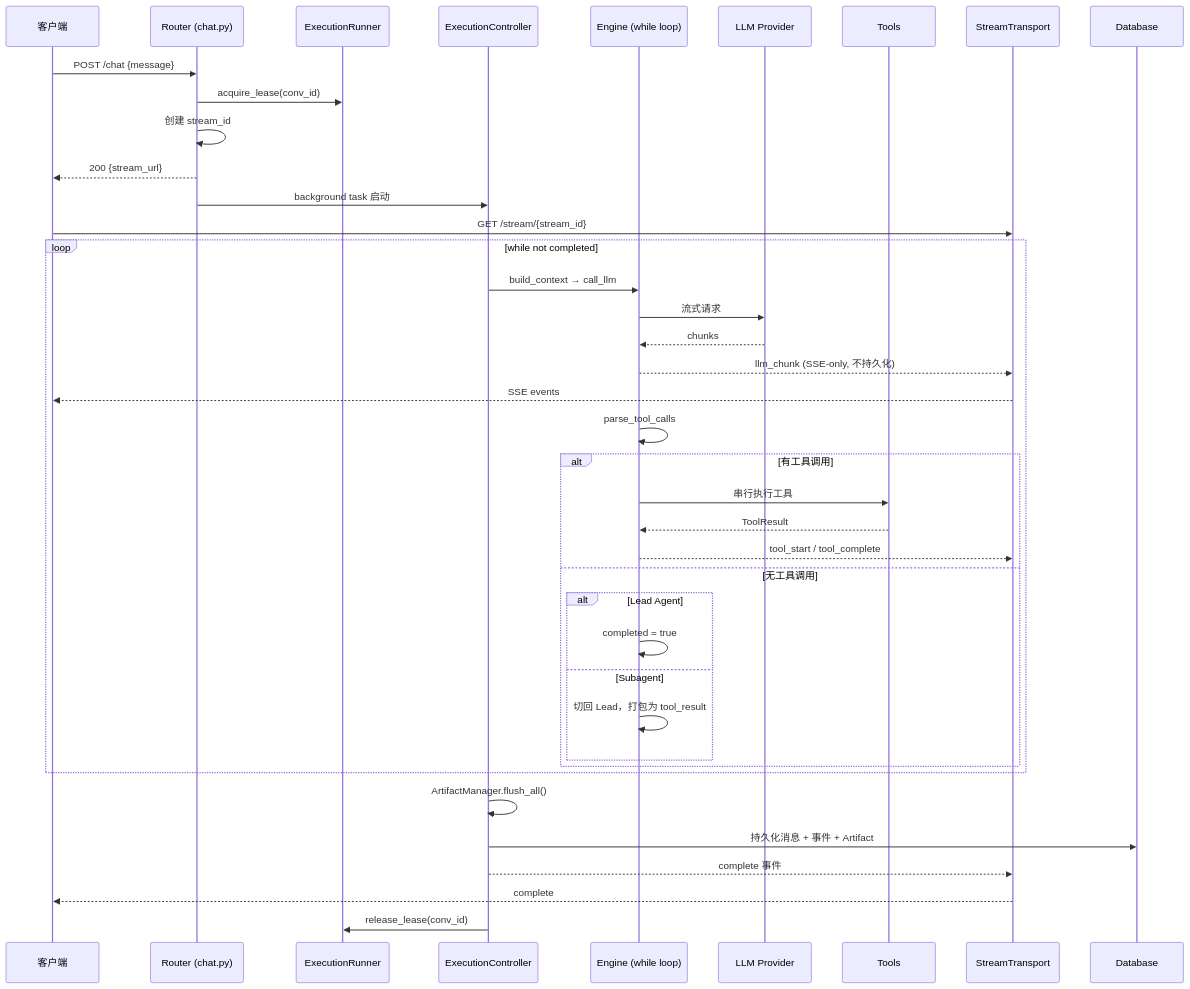
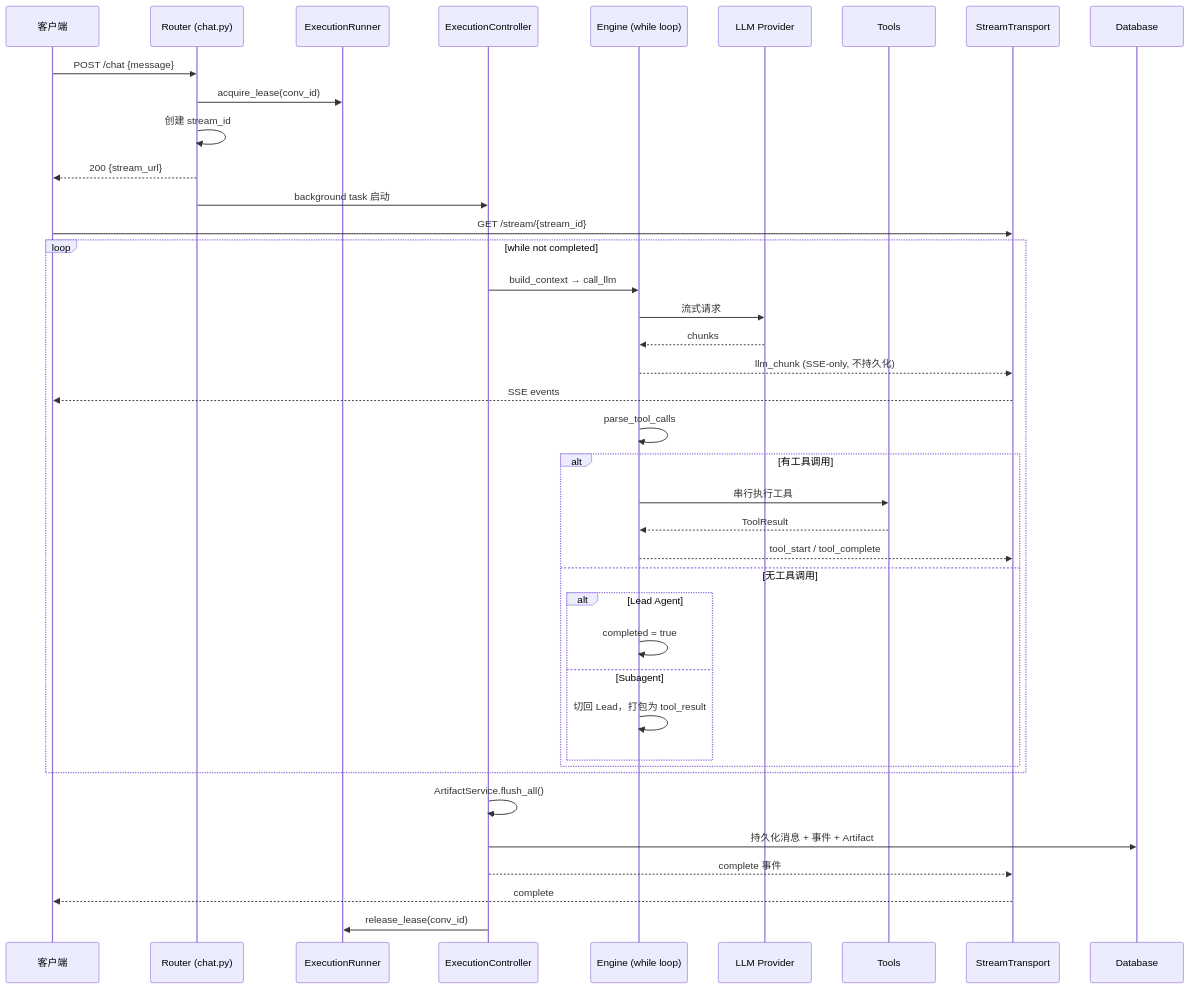
One commit to Neutrino1998/artifact-flow changed the third of 4 diagrams in docs/architecture/overview.md. Above: the diagram before and after it, drawn with Mermaid. The commit also changed other lines of this file and 10 other files, not shown here.

````diff
--- a/docs/architecture/overview.md
+++ b/docs/architecture/overview.md
@@ -78,47 +78,47 @@
 ```mermaid
 sequenceDiagram
     participant C as 客户端
     participant R as Router (chat.py)
     participant Runner as ExecutionRunner
     participant Ctrl as ExecutionController
     participant E as Engine (while loop)
     participant LLM as LLM Provider
     participant T as Tools
     participant SSE as StreamTransport
     participant DB as Database
 
     C->>R: POST /chat {message}
     R->>Runner: acquire_lease(conv_id)
     R->>R: 创建 stream_id
     R-->>C: 200 {stream_url}
     R->>Ctrl: background task 启动
 
     C->>SSE: GET /stream/{stream_id}
 
     loop while not completed
         Ctrl->>E: build_context → call_llm
         E->>LLM: 流式请求
         LLM-->>E: chunks
         E-->>SSE: llm_chunk (SSE-only, 不持久化)
         SSE-->>C: SSE events
 
         E->>E: parse_tool_calls
         alt 有工具调用
             E->>T: 串行执行工具
             T-->>E: ToolResult
             E-->>SSE: tool_start / tool_complete
         else 无工具调用
             alt Lead Agent
                 E->>E: completed = true
             else Subagent
                 E->>E: 切回 Lead，打包为 tool_result
             end
         end
     end
 
-    Ctrl->>Ctrl: ArtifactManager.flush_all()
+    Ctrl->>Ctrl: ArtifactService.flush_all()
     Ctrl->>DB: 持久化消息 + 事件 + Artifact
     Ctrl-->>SSE: complete 事件
     SSE-->>C: complete
     Ctrl->>Runner: release_lease(conv_id)
 ```
````
